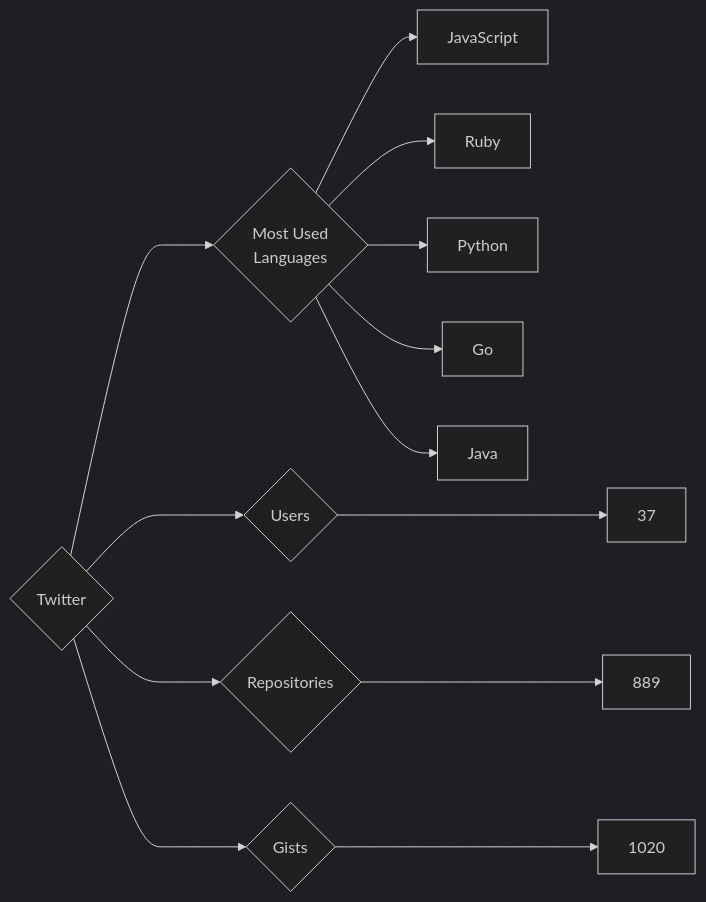
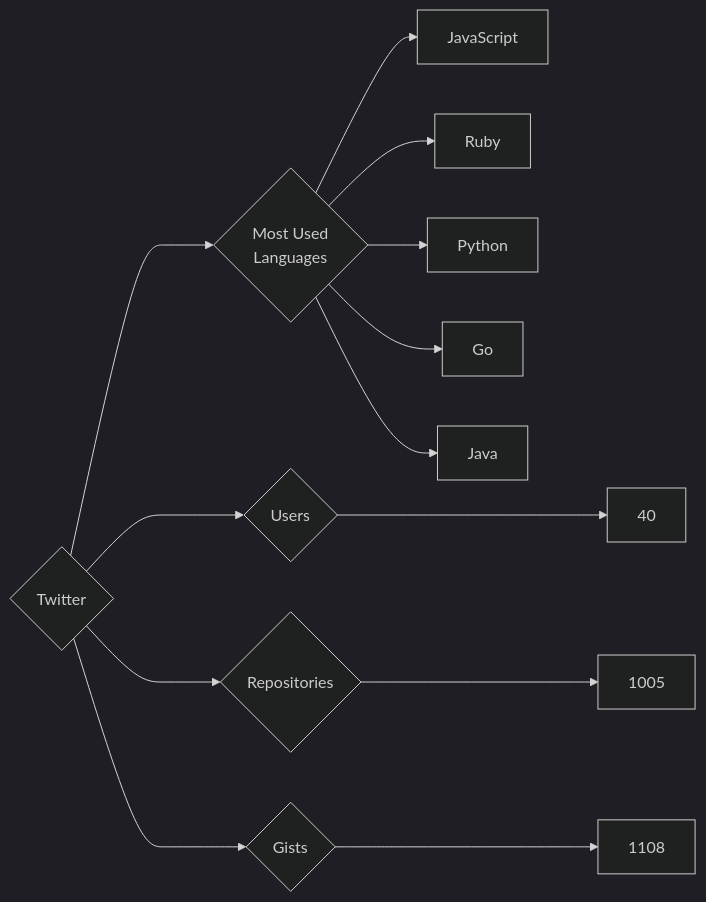
Before and after one commit to trickest/insiders: the diagram in targets/Twitter/README.md, drawn with Mermaid (dark theme). The commit also changed 939 other files, not shown here.

````diff
--- a/targets/Twitter/README.md
+++ b/targets/Twitter/README.md
@@ -3,13 +3,13 @@
 ```mermaid
 graph LR
 COMPANY_NAME{Twitter}
-COMPANY_NAME ---> U{Users} ---> UN[37]
-COMPANY_NAME ---> R{Repositories} ---> RN[889]
-COMPANY_NAME ---> G{Gists} ---> GN[1020]
+COMPANY_NAME ---> U{Users} ---> UN[40]
+COMPANY_NAME ---> R{Repositories} ---> RN[1005]
+COMPANY_NAME ---> G{Gists} ---> GN[1108]
 COMPANY_NAME ---> ML{Most Used<br>Languages}
 ML --> JavaScript[JavaScript]
 ML --> Ruby[Ruby]
 ML --> Python[Python]
 ML --> Go[Go]
 ML --> Java[Java]
 ```
````
